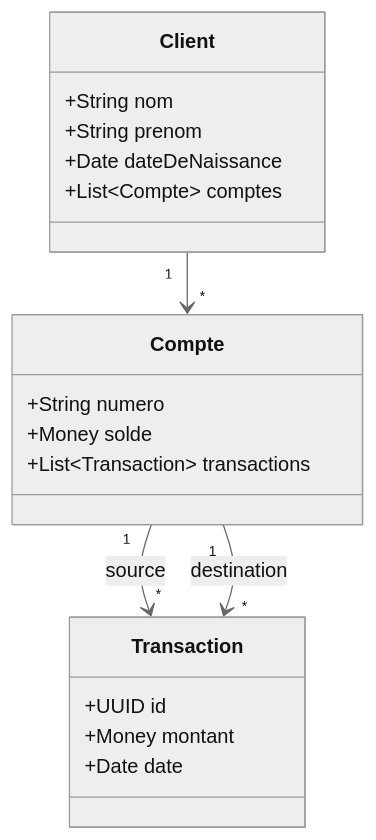
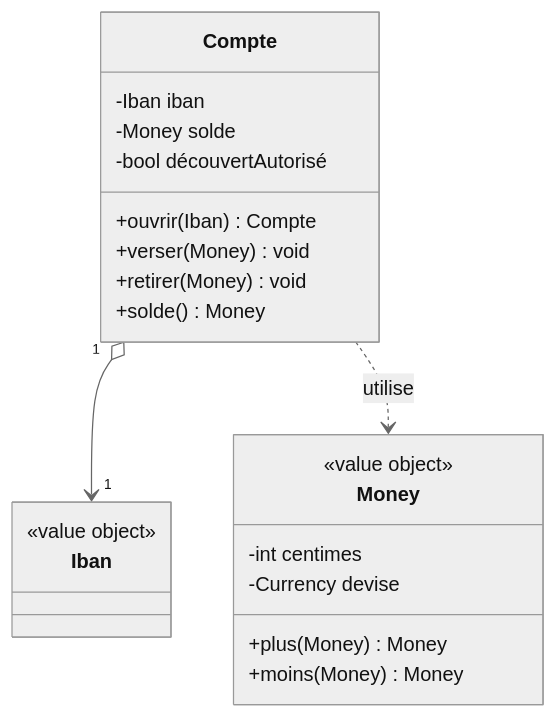
One commit to tanguychenier/domain-driven-design changed the third of 19 diagrams in README.md. Above: the diagram before and after it, drawn with Mermaid (neutral theme). The commit also changed other lines of this file, not shown here.

````diff
--- a/README.md
+++ b/README.md
@@ -197,22 +208,24 @@
 ```mermaid
 classDiagram
-    class Client {
-        +String nom
-        +String prenom
-        +Date dateDeNaissance
-        +List~Compte~ comptes
+    class Compte {
+        -Iban iban
+        -Money solde
+        -bool découvertAutorisé
+        +ouvrir(Iban) Compte
+        +verser(Money) void
+        +retirer(Money) void
+        +solde() Money
     }
-    class Compte {
-        +String numero
-        +Money solde
-        +List~Transaction~ transactions
+    class Money {
+        <<value object>>
+        -int centimes
+        -Currency devise
+        +plus(Money) Money
+        +moins(Money) Money
     }
-    class Transaction {
-        +UUID id
-        +Money montant
-        +Date date
+    class Iban {
+        <<value object>>
     }
-    Client "1" --> "*" Compte
-    Compte "1" --> "*" Transaction : source
-    Compte "1" --> "*" Transaction : destination
+    Compte "1" o--> "1" Iban
+    Compte ..> Money : utilise
 ```
````
